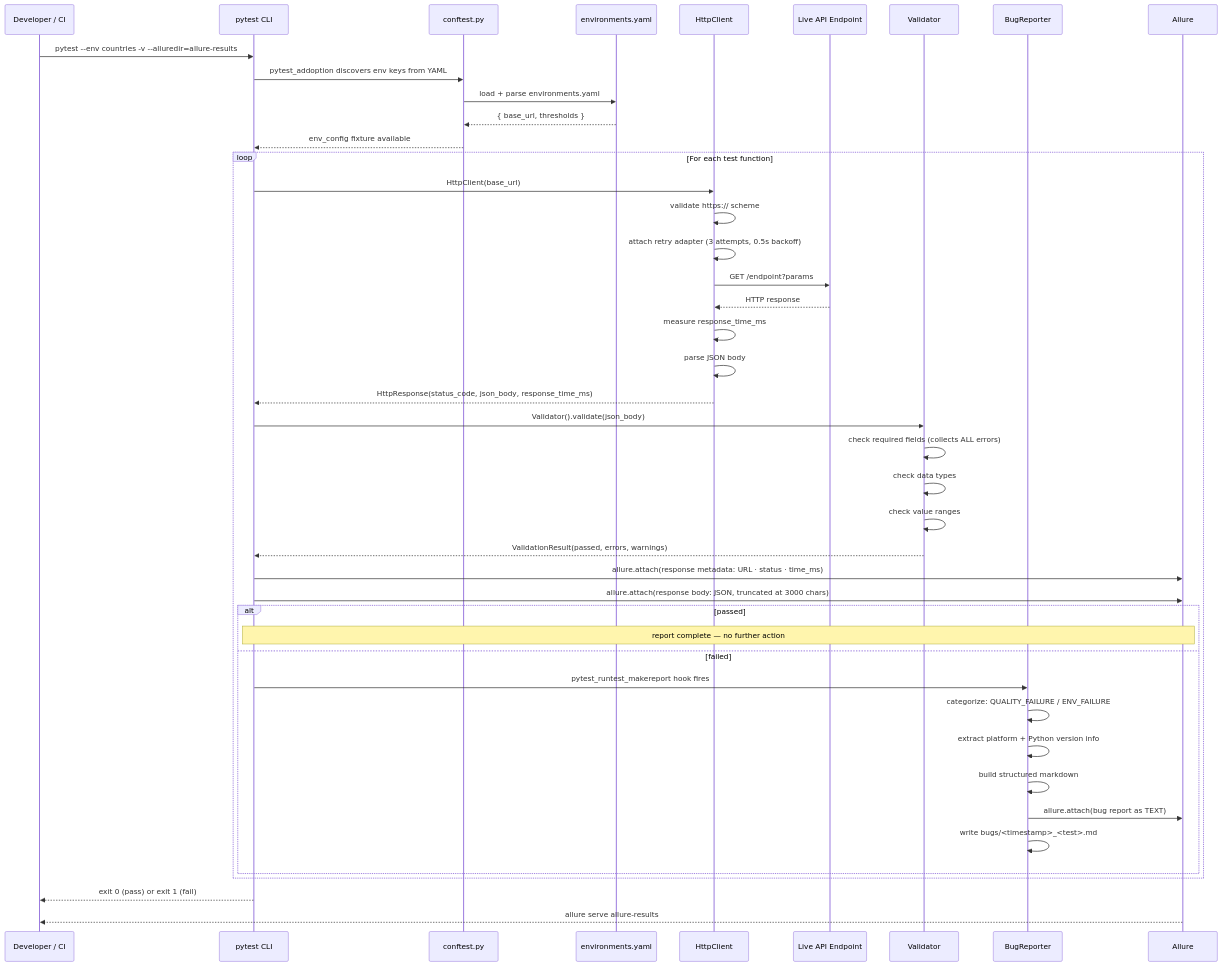
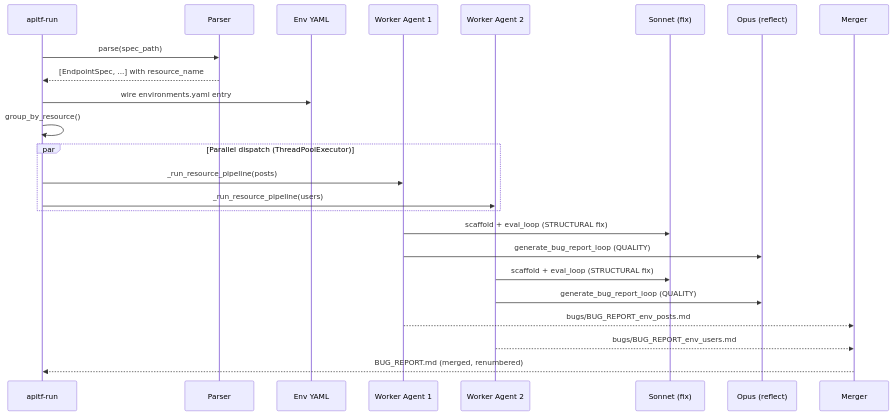
Before and after one commit to sks-54/api-test-framework: the seventh of 7 diagrams in README.md, drawn with Mermaid. The commit also changed other lines of this file and 29 other files, not shown here.

First line of the commit message:
feat: parallel multi-agent pipeline, JSONPlaceholder env, detailed README

````diff
--- a/README.md
+++ b/README.md
@@ -109,52 +581,27 @@
 ```mermaid
 sequenceDiagram
-    participant Dev as Developer / CI
-    participant CLI as pytest CLI
-    participant CF as conftest.py
-    participant YAML as environments.yaml
-    participant HC as HttpClient
-    participant API as Live API Endpoint
-    participant VAL as Validator
-    participant BUG as BugReporter
-    participant AL as Allure
+    participant CLI as apitf-run
+    participant P as Parser
+    participant E as Env YAML
+    participant W1 as Worker Agent 1
+    participant W2 as Worker Agent 2
+    participant S as Sonnet (fix)
+    participant O as Opus (reflect)
+    participant M as Merger
 
-    Dev->>CLI: pytest --env countries -v --alluredir=allure-results
-    CLI->>CF: pytest_addoption discovers env keys from YAML
-    CF->>YAML: load + parse environments.yaml
-    YAML-->>CF: { base_url, thresholds }
-    CF-->>CLI: env_config fixture available
-
-    loop For each test function
-        CLI->>HC: HttpClient(base_url)
-        HC->>HC: validate https:// scheme
-        HC->>HC: attach retry adapter (3 attempts, 0.5s backoff)
-        HC->>API: GET /endpoint?params
-        API-->>HC: HTTP response
-        HC->>HC: measure response_time_ms
-        HC->>HC: parse JSON body
-        HC-->>CLI: HttpResponse(status_code, json_body, response_time_ms)
-
-        CLI->>VAL: Validator().validate(json_body)
-        VAL->>VAL: check required fields (collects ALL errors)
-        VAL->>VAL: check data types
-        VAL->>VAL: check value ranges
-        VAL-->>CLI: ValidationResult(passed, errors, warnings)
-
-        CLI->>AL: allure.attach(response metadata: URL · status · time_ms)
-        CLI->>AL: allure.attach(response body: JSON, truncated at 3000 chars)
-
-        alt passed
-            Note over CLI,AL: report complete — no further action
-        else failed
-            CLI->>BUG: pytest_runtest_makereport hook fires
-            BUG->>BUG: categorize: QUALITY_FAILURE / ENV_FAILURE
-            BUG->>BUG: extract platform + Python version info
-            BUG->>BUG: build structured markdown
-            BUG->>AL: allure.attach(bug report as TEXT)
-            BUG->>BUG: write bugs/<timestamp>_<test>.md
-        end
+    CLI->>P: parse(spec_path)
+    P-->>CLI: [EndpointSpec, ...] with resource_name
+    CLI->>E: wire environments.yaml entry
+    CLI->>CLI: group_by_resource()
+    par Parallel dispatch (ThreadPoolExecutor)
+        CLI->>W1: _run_resource_pipeline(posts)
+        CLI->>W2: _run_resource_pipeline(users)
     end
-
-    CLI-->>Dev: exit 0 (pass) or exit 1 (fail)
-    AL-->>Dev: allure serve allure-results
+    W1->>S: scaffold + eval_loop (STRUCTURAL fix)
+    W1->>O: generate_bug_report_loop (QUALITY)
+    W2->>S: scaffold + eval_loop (STRUCTURAL fix)
+    W2->>O: generate_bug_report_loop (QUALITY)
+    W1-->>M: bugs/BUG_REPORT_env_posts.md
+    W2-->>M: bugs/BUG_REPORT_env_users.md
+    M-->>CLI: BUG_REPORT.md (merged, renumbered)
 ```
````
